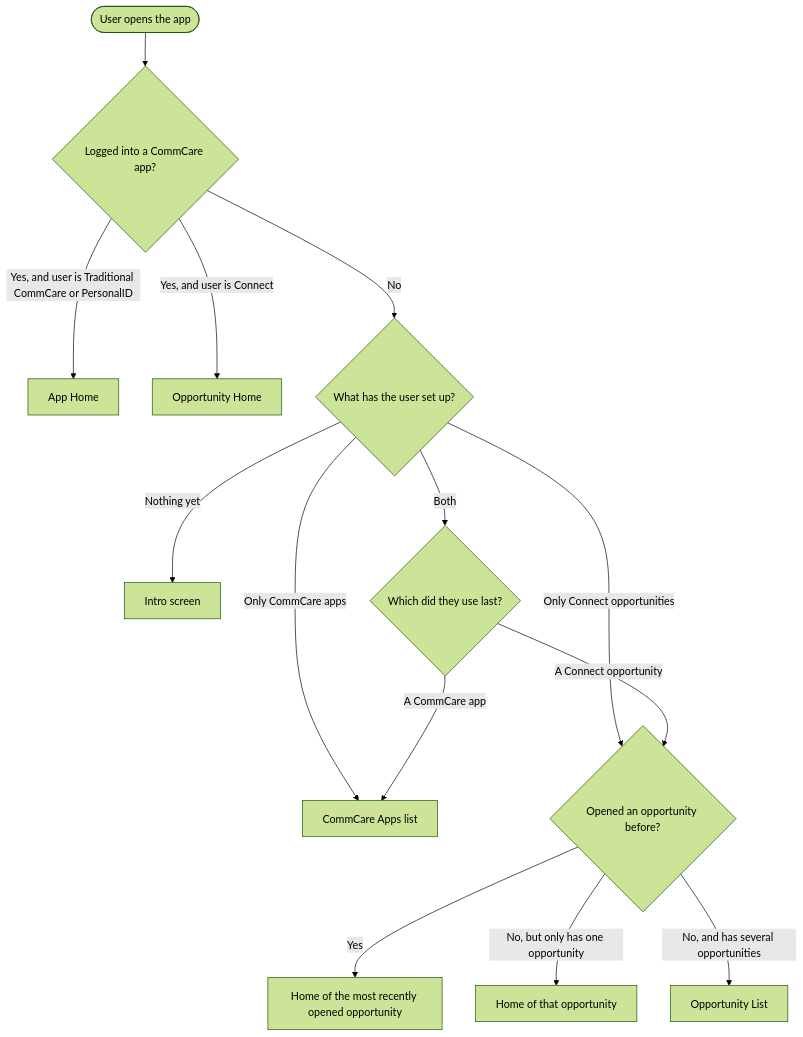
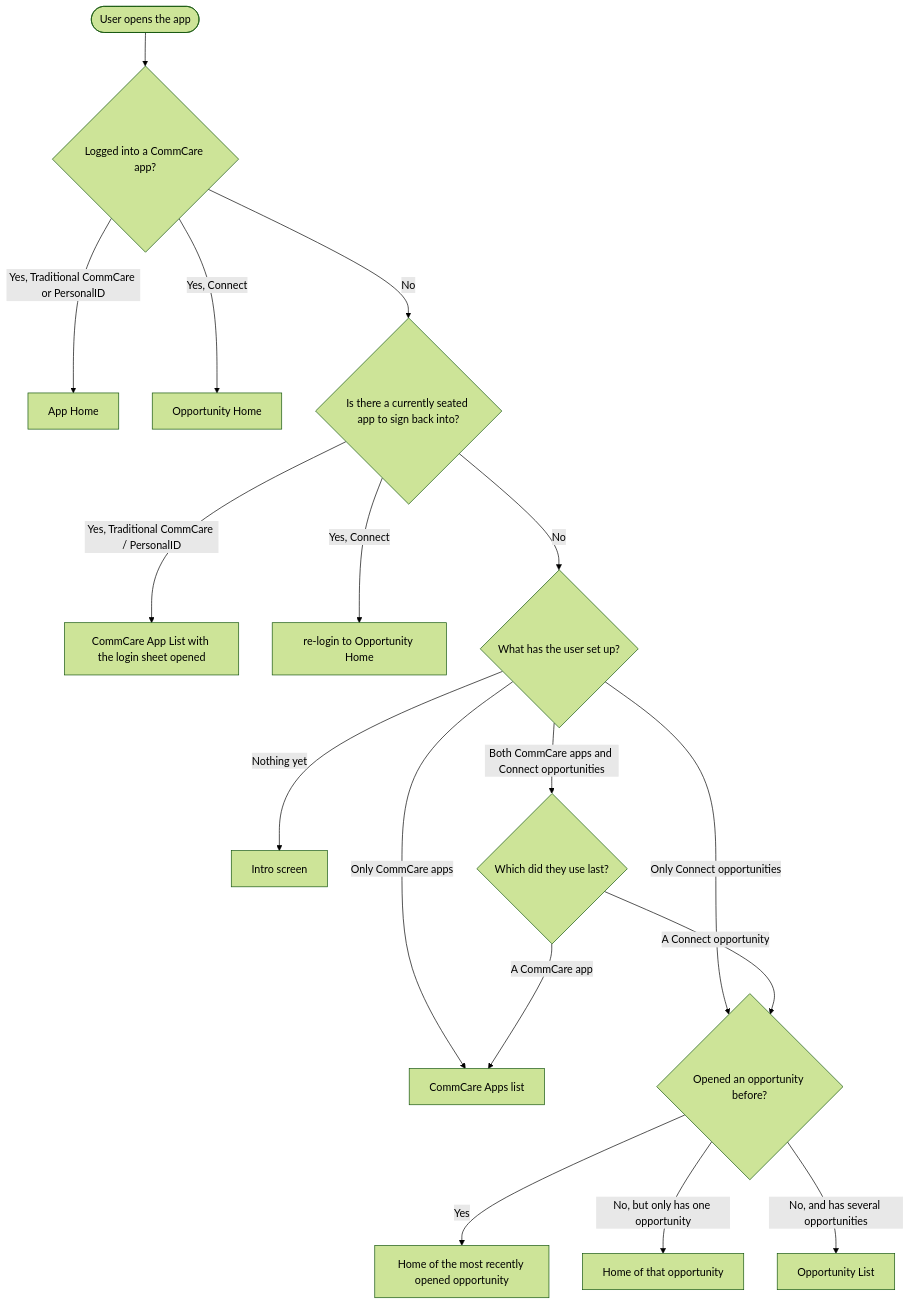
One commit to dimagi/commcare-android changed the first of 4 diagrams in docs/superpowers/specs/2026-07-23-app-navigation-changes-design.md. Above: the diagram before and after it, drawn with Mermaid (forest theme). The commit also changed other lines of this file, not shown here.

First line of the commit message:
CCCT-2520 App Navigation Changes Spec

````diff
--- a/docs/superpowers/specs/2026-07-23-app-navigation-changes-design.md
+++ b/docs/superpowers/specs/2026-07-23-app-navigation-changes-design.md
@@ -11,16 +11,19 @@
 ```mermaid
 flowchart TD
     Open([User opens the app]) --> Active{Logged into a CommCare app?}
-    Active -->|Yes, and user is Traditional CommCare or PersonalID| AppHome[App Home]
-    Active -->|Yes, and user is Connect| OppHome[Opportunity Home]
-    Active -->|No| Type{What has the user set up?}
+    Active -->|Yes, Traditional CommCare or PersonalID| AppHome[App Home]
+    Active -->|Yes, Connect| OppHome[Opportunity Home]
+    Active -->|No| Current{Is there a currently seated app to sign back into?}
+    Current -->|Yes, Traditional CommCare / PersonalID| LoginSeated[CommCare App List with the login sheet opened]
+    Current -->|Yes, Connect| UnlockRelogin[re-login to Opportunity Home]
+    Current -->|No| Type{What has the user set up?}
     Type -->|Nothing yet| Intro[Intro screen]
     Type -->|Only CommCare apps| Apps[CommCare Apps list]
     Type -->|Only Connect opportunities| Opp{Opened an opportunity before?}
-    Type -->|Both| Last{Which did they use last?}
+    Type -->|Both CommCare apps and Connect opportunities| Last{Which did they use last?}
     Last -->|A CommCare app| Apps
     Last -->|A Connect opportunity| Opp
     Opp -->|Yes| Home[Home of the most recently opened opportunity]
     Opp -->|No, but only has one opportunity| HomeSingle[Home of that opportunity]
     Opp -->|No, and has several opportunities| List[Opportunity List]
 ```
````
